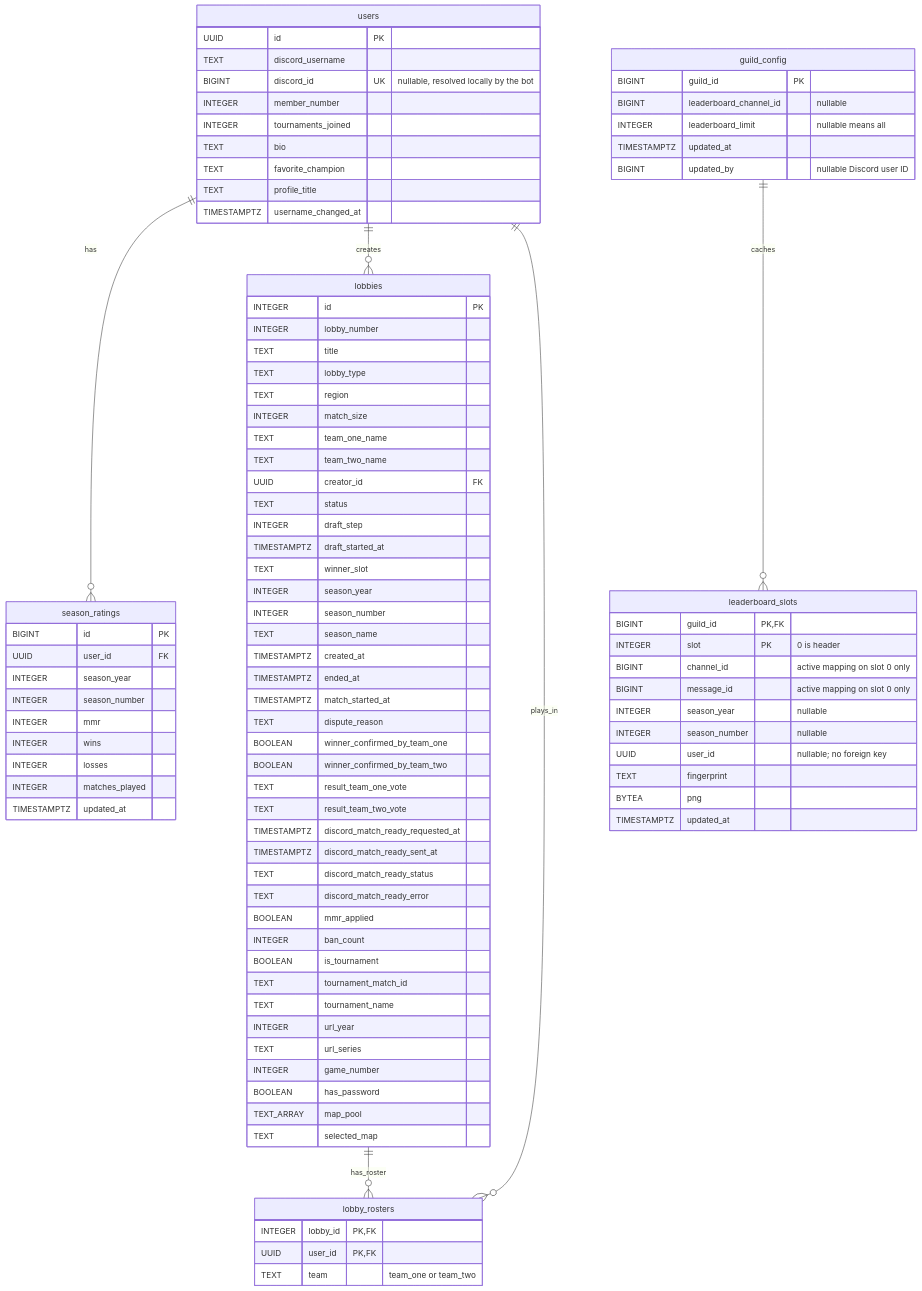
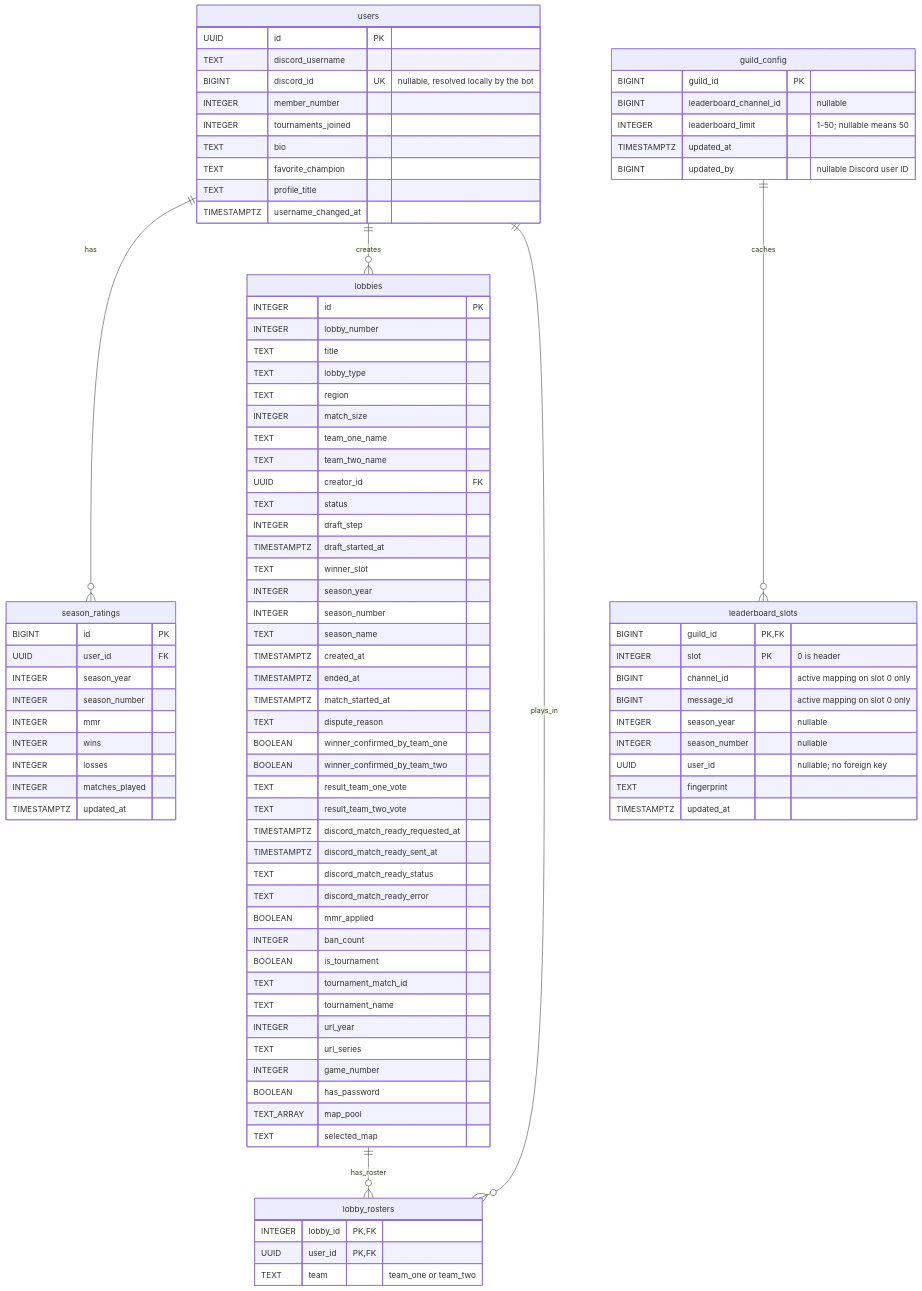
One commit to BattleVive/discord-bot changed the diagram in SCHEMA.md. Above: the diagram before and after it, drawn with Mermaid. The commit also changed other lines of this file and 12 other files, not shown here.

```diff
--- a/SCHEMA.md
+++ b/SCHEMA.md
@@ -8,7 +8,7 @@
     guild_config {
         BIGINT guild_id PK
         BIGINT leaderboard_channel_id "nullable"
-        INTEGER leaderboard_limit "nullable means all"
+        INTEGER leaderboard_limit "1-50; nullable means 50"
         TIMESTAMPTZ updated_at
         BIGINT updated_by "nullable Discord user ID"
     }
@@ -22,7 +22,6 @@
         INTEGER season_number "nullable"
         UUID user_id "nullable; no foreign key"
         TEXT fingerprint
-        BYTEA png
         TIMESTAMPTZ updated_at
     }
 
```
